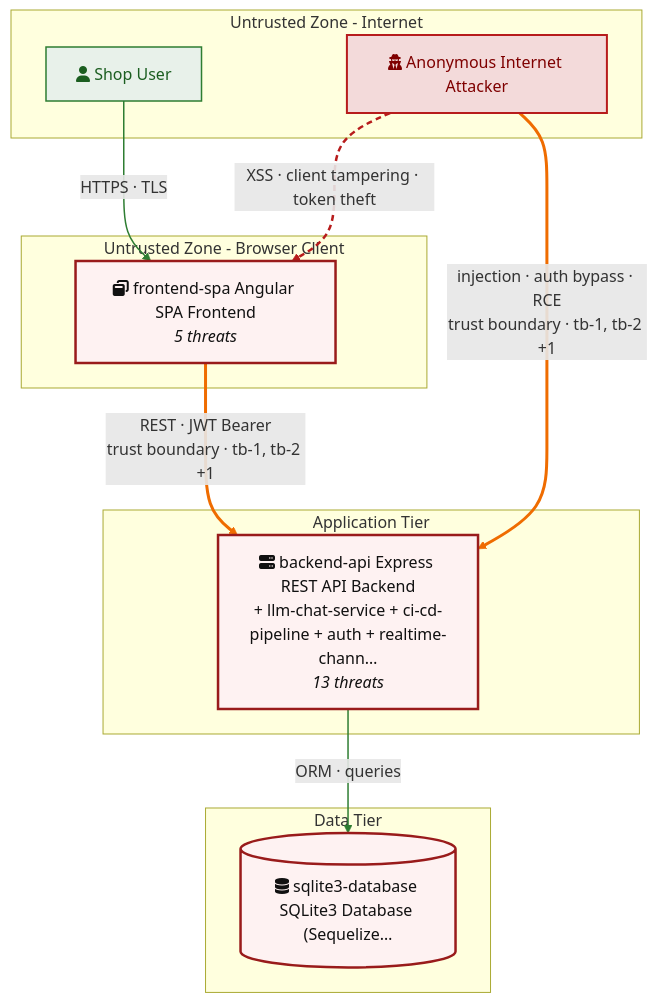
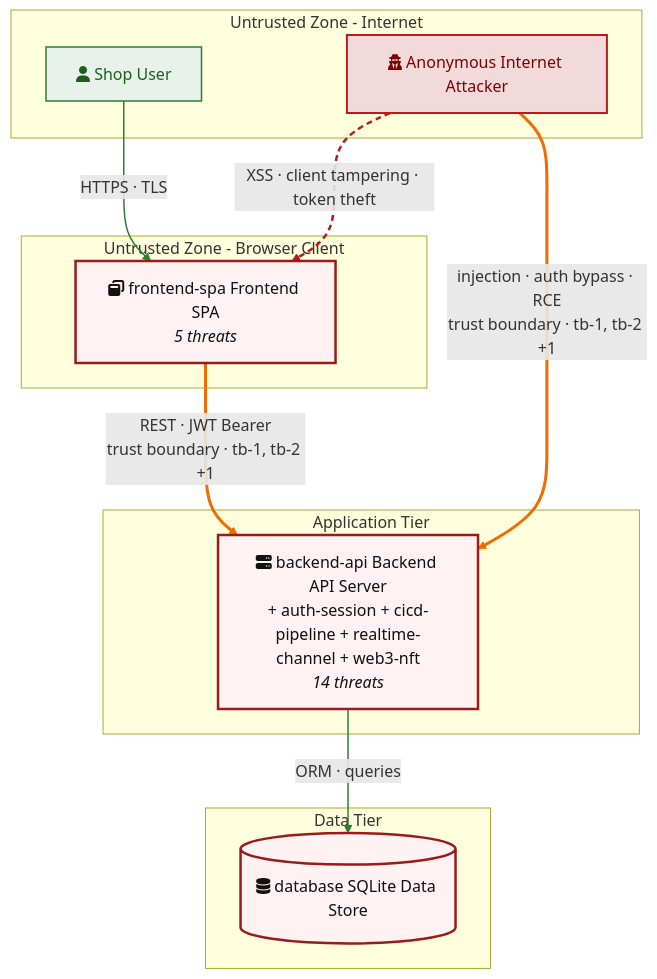
One commit to appsec-foundry/appsec-advisor changed the fourth of 5 diagrams in examples/threat-modeler/threat-model-juice-shop-quick-v0.5.2.md. Above: the diagram before and after it, drawn with Mermaid. The commit also changed other lines of this file and 7 other files, not shown here.

````diff
--- a/examples/threat-modeler/threat-model-juice-shop-quick-v0.5.2.md
+++ b/examples/threat-modeler/threat-model-juice-shop-quick-v0.5.2.md
@@ -384,29 +365,29 @@
 ```mermaid
 flowchart TD
     subgraph EXT["Untrusted Zone - Internet"]
         INTERNET_ANON["fa:fa-user-secret Anonymous Internet Attacker"]:::threat
         VICTIM_REQUIRED["fa:fa-user Shop User"]:::legit
     end
     subgraph CLIENT["Untrusted Zone - Browser Client"]
-        frontend_spa["fa:fa-window-restore frontend-spa Angular SPA Frontend<br/><i>5 threats</i>"]:::risk
+        frontend_spa["fa:fa-window-restore frontend-spa Frontend SPA<br/><i>5 threats</i>"]:::risk
     end
     subgraph APP["Application Tier"]
-        backend_api["fa:fa-server backend-api Express REST API Backend<br/>+ llm-chat-service + ci-cd-pipeline + auth + realtime-chann…<br/><i>13 threats</i>"]:::risk
+        backend_api["fa:fa-server backend-api Backend API Server<br/>+ auth-session + cicd-pipeline + realtime-channel + web3-nft<br/><i>14 threats</i>"]:::risk
     end
     subgraph DATA["Data Tier"]
-        sqlite3_database[("fa:fa-database sqlite3-database SQLite3 Database (Sequelize…")]:::risk
+        database[("fa:fa-database database SQLite Data Store")]:::risk
     end
     VICTIM_REQUIRED -->|"HTTPS · TLS"| frontend_spa
     frontend_spa ==>|"REST · JWT Bearer<br/>trust boundary · tb-1, tb-2 +1"| backend_api
-    backend_api -->|"ORM · queries"| sqlite3_database
+    backend_api -->|"ORM · queries"| database
     INTERNET_ANON ==>|"injection · auth bypass · RCE<br/>trust boundary · tb-1, tb-2 +1"| backend_api
     INTERNET_ANON -.->|"XSS · client tampering · token theft"| frontend_spa
 
     classDef legit fill:#e8f1ea,stroke:#2e7d32,color:#1b5e20,stroke-width:1.5px
     classDef threat fill:#f3dada,stroke:#b71c1c,color:#7f0000,stroke-width:2px
     classDef external fill:#f2f2f2,stroke:#424242,color:#212121,stroke-width:1.5px
     classDef risk fill:#fef2f2,stroke:#991b1b,color:#111,stroke-width:2.5px
     linkStyle 0,2 stroke:#2e7d32,stroke-width:1.5px
     linkStyle 4 stroke:#b71c1c,stroke-width:2.5px,stroke-dasharray:6 4
     linkStyle 1,3 stroke:#ef6c00,stroke-width:3px
 ```
````
